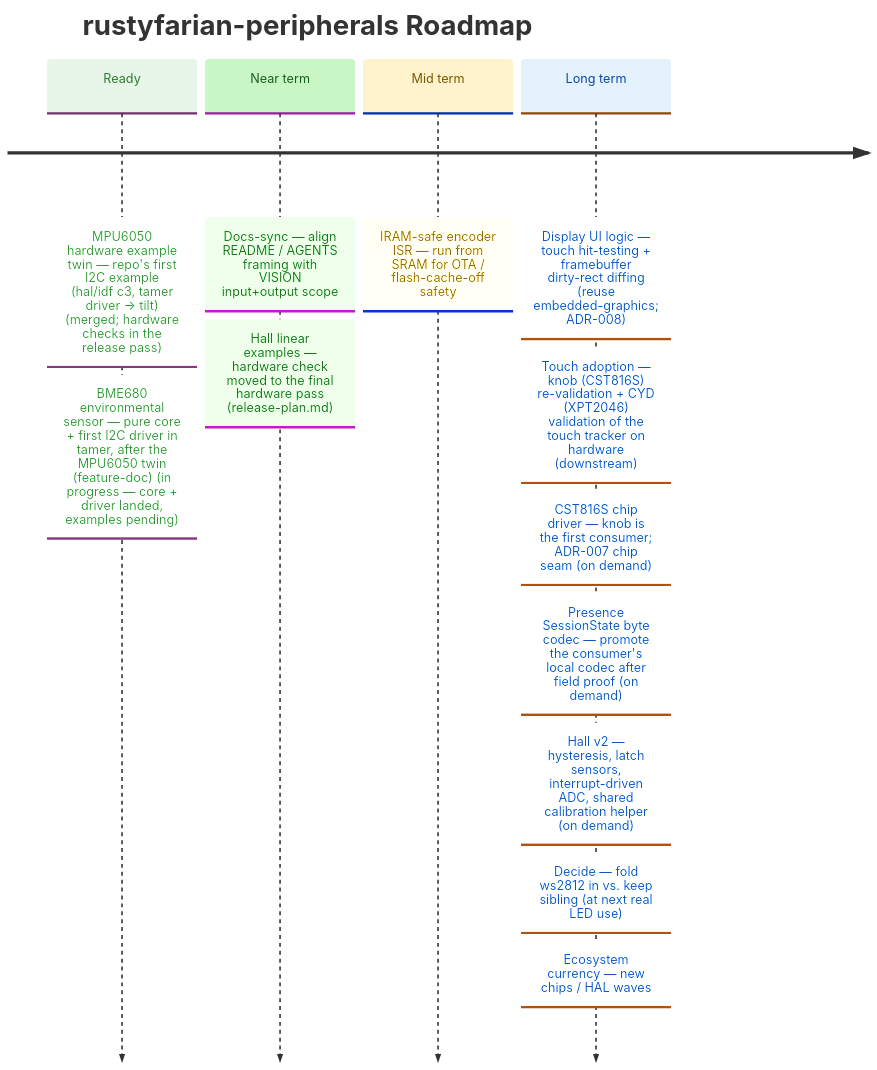
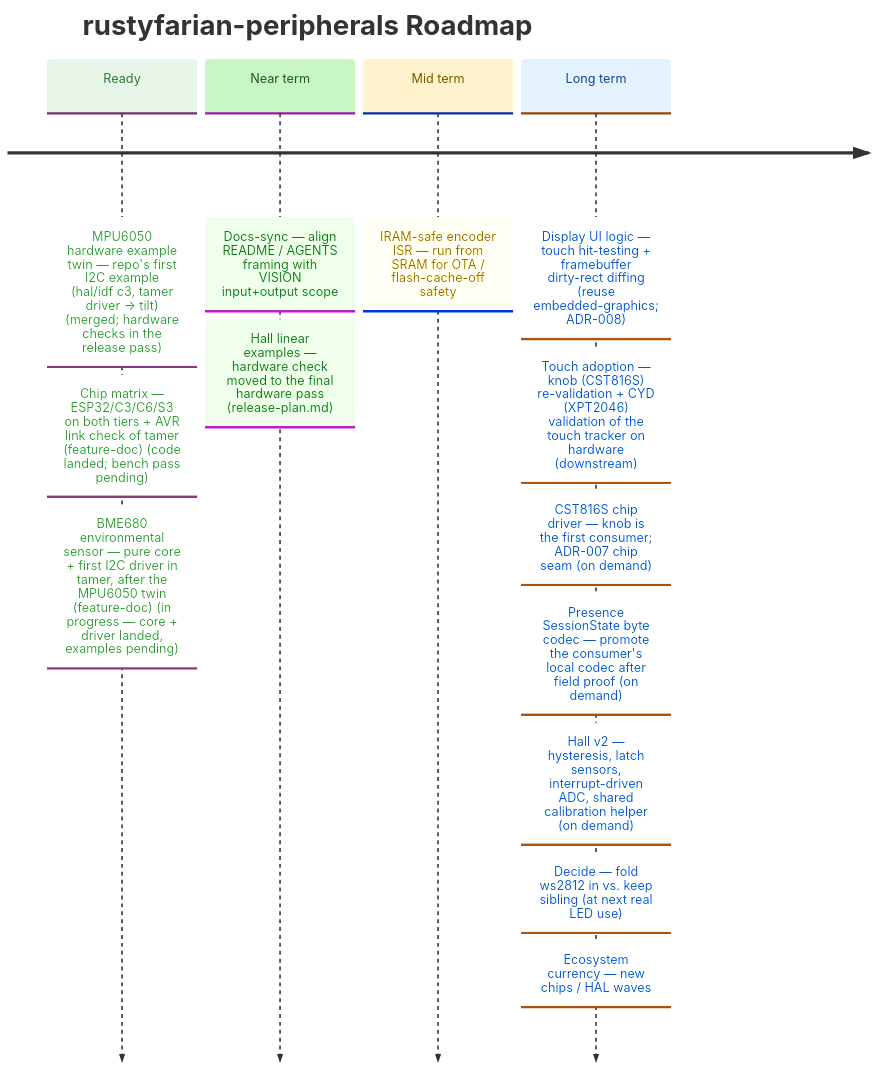
One commit to datenkollektiv/rustyfarian-peripherals changed the diagram in docs/ROADMAP.md. Above: the diagram before and after it, drawn with Mermaid. The commit also changed other lines of this file and 18 other files, not shown here.

Commit message:
Add opt-in async sensor runners, Error::Sequence and the BME680 C3 examples

````diff
--- a/docs/ROADMAP.md
+++ b/docs/ROADMAP.md
@@ -10,34 +10,35 @@
 ```mermaid
 %%{init: {
   "theme": "base",
   "themeVariables": {
     "cScale0": "#e8f5e9",
     "cScaleLabel0": "#2e7d32",
     "cScale1": "#c8f7c5",
     "cScaleLabel1": "#1b5e20",
     "cScale2": "#fff3cd",
     "cScaleLabel2": "#7a5a00",
     "cScale3": "#e3f2fd",
     "cScaleLabel3": "#0d47a1"
   }
 }}%%
 
 timeline
     title rustyfarian-peripherals Roadmap
 
     Ready     : MPU6050 hardware example twin — repo's first I2C example (hal/idf c3, tamer driver → tilt) (merged; hardware checks in the release pass)
+              : Chip matrix — ESP32/C3/C6/S3 on both tiers + AVR link check of tamer (feature-doc) (code landed; bench pass pending)
               : BME680 environmental sensor — pure core + first I2C driver in tamer, after the MPU6050 twin (feature-doc) (in progress — core + driver landed, examples pending)
 
     Near term : Docs-sync — align README / AGENTS framing with VISION input+output scope
               : Hall linear examples — hardware check moved to the final hardware pass (release-plan.md)
 
     Mid term  : IRAM-safe encoder ISR — run from SRAM for OTA / flash-cache-off safety
 
     Long term : Display UI logic — touch hit-testing + framebuffer dirty-rect diffing (reuse embedded-graphics; ADR-008)
               : Touch adoption — knob (CST816S) re-validation + CYD (XPT2046) validation of the touch tracker on hardware (downstream)
               : CST816S chip driver — knob is the first consumer; ADR-007 chip seam (on demand)
               : Presence SessionState byte codec — promote the consumer's local codec after field proof (on demand)
               : Hall v2 — hysteresis, latch sensors, interrupt-driven ADC, shared calibration helper (on demand)
               : Decide — fold ws2812 in vs. keep sibling (at next real LED use)
               : Ecosystem currency — new chips / HAL waves
 ```
````
